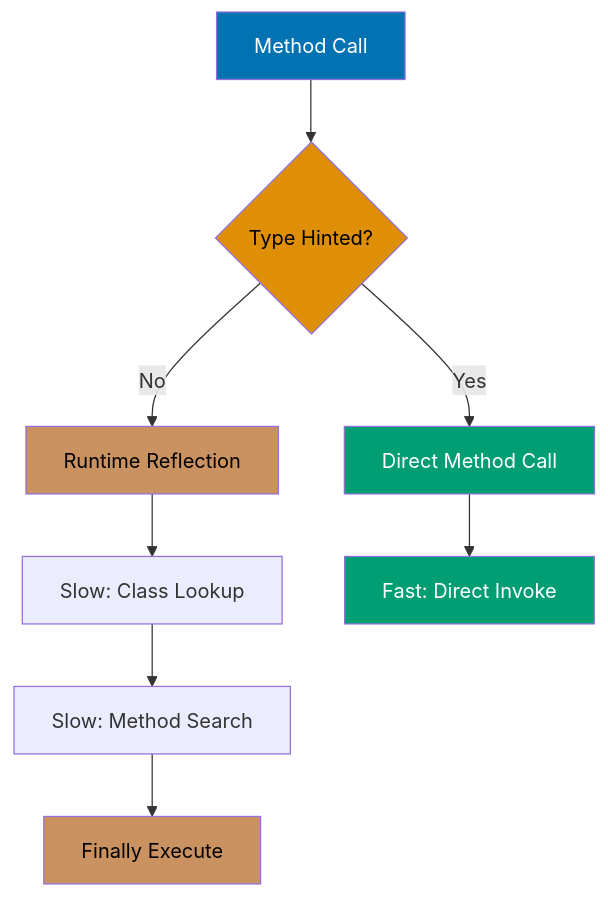
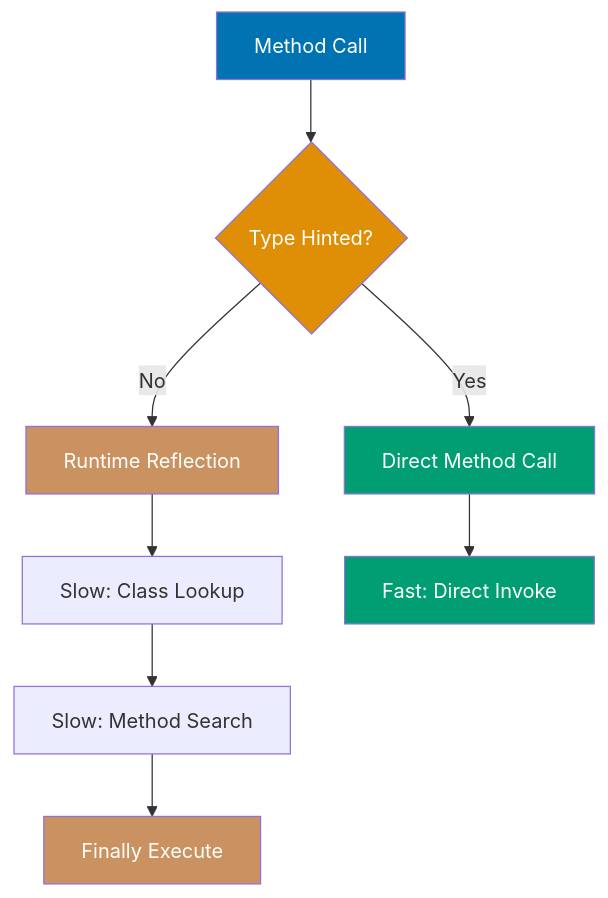
The third of 13 diagrams in apps/ayokoding-web/content/en/learn/software-engineering/programming-languages/clojure/by-example/advanced.md (wahidyankf/open-sharia-enterprise), drawn with Mermaid before and after one commit. The commit also changed other lines of this file and 61 other files, not shown here.

First line of the commit message:
fix(ayokoding-web): quote Mermaid node labels with special characters in Example 63

````diff
--- a/apps/ayokoding-web/content/en/learn/software-engineering/programming-languages/clojure/by-example/advanced.md
+++ b/apps/ayokoding-web/content/en/learn/software-engineering/programming-languages/clojure/by-example/advanced.md
@@ -181,18 +181,18 @@
 ```mermaid
 %% Type hint performance impact
 graph TD
     A[Method Call] --> B{Type Hinted?}
     B -->|No| C[Runtime Reflection]
     B -->|Yes| D[Direct Method Call]
     C --> E[Slow: Class Lookup]
     E --> F[Slow: Method Search]
     F --> G[Finally Execute]
     D --> H[Fast: Direct Invoke]
 
     style A fill:#0173B2,color:#fff
-    style B fill:#DE8F05,color:#000
-    style C fill:#CA9161,color:#000
+    style B fill:#DE8F05,color:#fff
+    style C fill:#CA9161,color:#fff
     style D fill:#029E73,color:#fff
-    style G fill:#CA9161,color:#000
+    style G fill:#CA9161,color:#fff
     style H fill:#029E73,color:#fff
 ```
````
